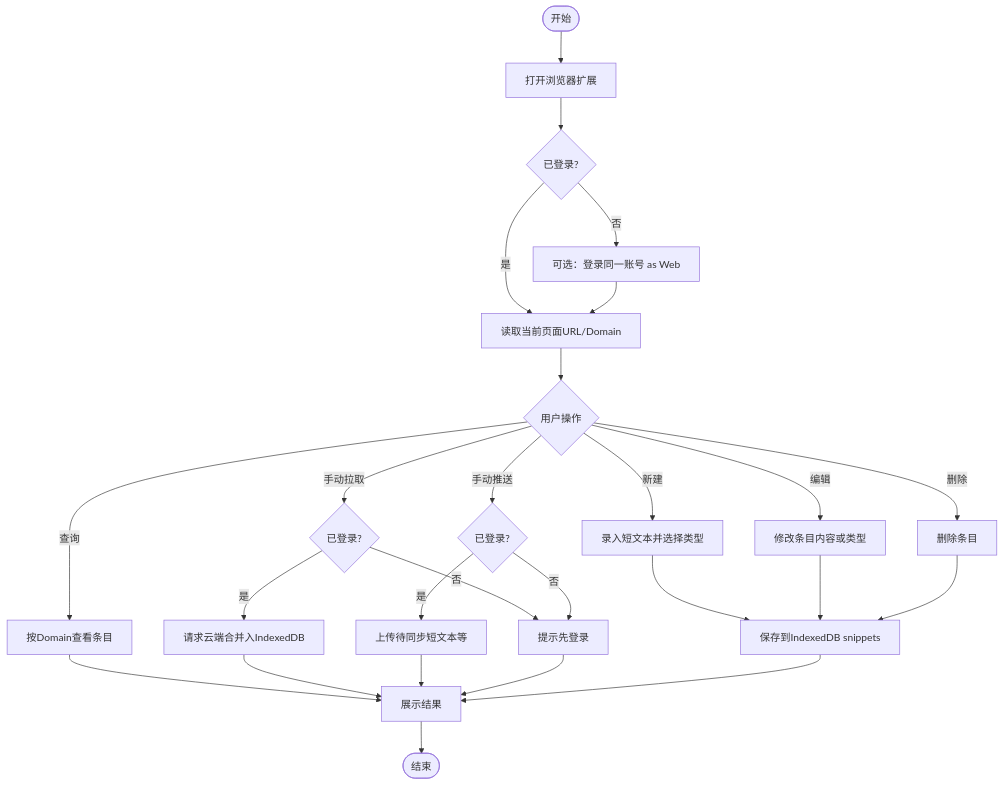
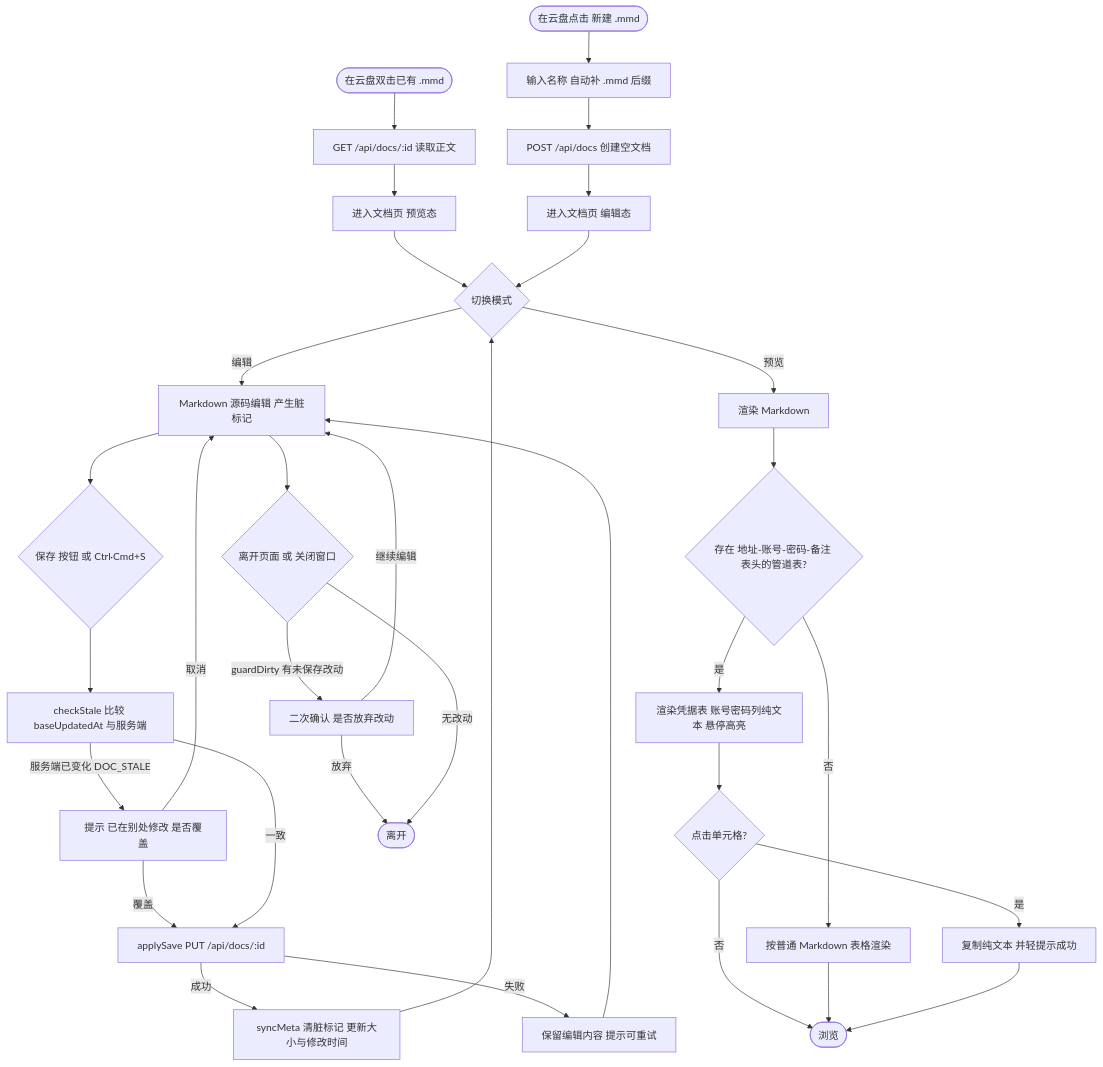
Before and after one commit to a327921510/my-notes: the fifth of 7 diagrams in docs/用户流程图.md, drawn with Mermaid. The commit also changed other lines of this file and 3 other files, not shown here.

````diff
--- a/docs/用户流程图.md
+++ b/docs/用户流程图.md
@@ -105,28 +143,39 @@
 ```mermaid
 flowchart TD
-  A([开始]) --> B[打开浏览器扩展]
-  B --> C{已登录?}
-  C -->|否| D[可选：登录同一账号 as Web]
-  C -->|是| E[读取当前页面URL/Domain]
-  D --> E
-  E --> F{用户操作}
-  F -->|新建| G[录入短文本并选择类型]
-  F -->|查询| H[按Domain查看条目]
-  F -->|编辑| I[修改条目内容或类型]
-  F -->|删除| J[删除条目]
-  F -->|手动拉取| K{已登录?}
-  K -->|是| L[请求云端合并入IndexedDB]
-  K -->|否| M[提示先登录]
-  F -->|手动推送| N{已登录?}
-  N -->|是| O[上传待同步短文本等]
-  N -->|否| M
-  G --> P[保存到IndexedDB snippets]
-  H --> Q[展示结果]
-  I --> P
-  J --> P
-  L --> Q
-  O --> Q
-  M --> Q
-  P --> Q
-  Q --> R([结束])
+  A([在云盘点击 新建 .mmd]) --> B[输入名称 自动补 .mmd 后缀]
+  B --> C[POST /api/docs 创建空文档]
+  C --> D[进入文档页 编辑态]
+
+  E([在云盘双击已有 .mmd]) --> F[GET /api/docs/:id 读取正文]
+  F --> G[进入文档页 预览态]
+
+  G --> H{切换模式}
+  D --> H
+  H -->|编辑| I[Markdown 源码编辑 产生脏标记]
+  H -->|预览| J[渲染 Markdown]
+  J --> K{存在 地址-账号-密码-备注 表头的管道表?}
+  K -->|是| L[渲染凭据表 账号密码列纯文本 悬停高亮]
+  K -->|否| M[按普通 Markdown 表格渲染]
+  L --> N{点击单元格?}
+  N -->|是| O[复制纯文本 并轻提示成功]
+  N -->|否| P([浏览])
+  M --> P
+  O --> P
+
+  I --> Q{保存 按钮 或 Ctrl·Cmd+S}
+  Q --> R[checkStale 比较 baseUpdatedAt 与服务端]
+  R -->|服务端已变化 DOC_STALE| S[提示 已在别处修改 是否覆盖]
+  S -->|取消| I
+  S -->|覆盖| T[applySave PUT /api/docs/:id]
+  R -->|一致| T
+  T -->|成功| U[syncMeta 清脏标记 更新大小与修改时间]
+  T -->|失败| V[保留编辑内容 提示可重试]
+  V --> I
+  U --> H
+
+  I --> W{离开页面 或 关闭窗口}
+  W -->|guardDirty 有未保存改动| X[二次确认 是否放弃改动]
+  X -->|放弃| Y([离开])
+  X -->|继续编辑| I
+  W -->|无改动| Y
 ```
````
